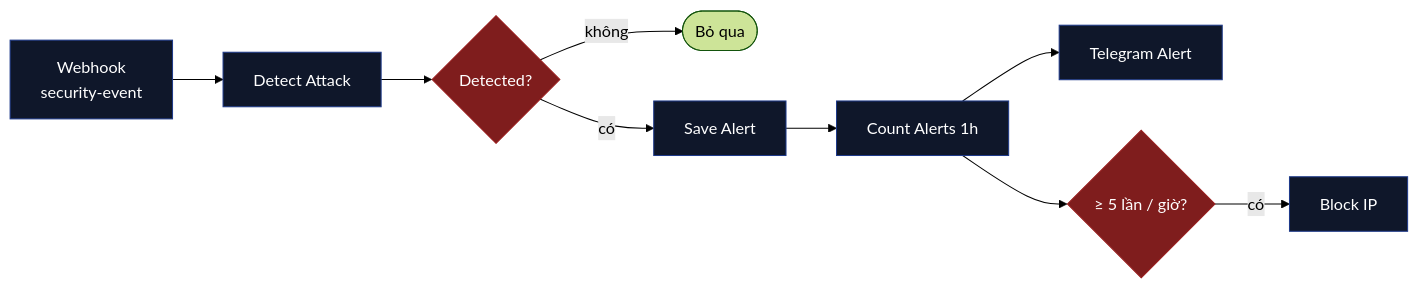
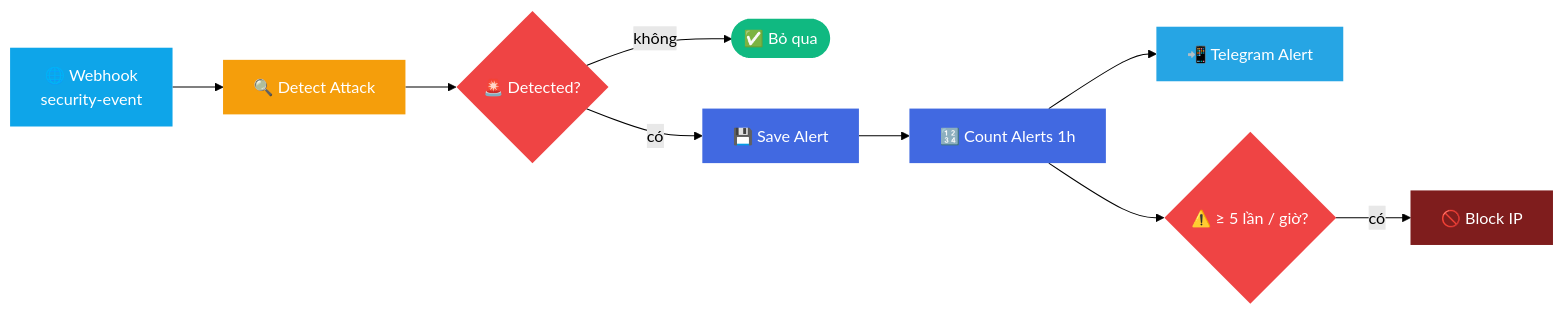
One commit to Chamm286/riceguard changed the second of 2 diagrams in README.md. Above: the diagram before and after it, drawn with Mermaid (forest theme). The commit also changed other lines of this file, not shown here.

```diff
--- a/README.md
+++ b/README.md
@@ -91,16 +106,21 @@
 ~~~mermaid
 flowchart LR
-    A[Webhook<br/>security-event] --> B[Detect Attack]
-    B --> C{Detected?}
-    C -- không --> Z([Bỏ qua])
-    C -- có --> D[Save Alert]
-    D --> E[Count Alerts 1h]
-    E --> F[Telegram Alert]
-    E --> G{≥ 5 lần / giờ?}
-    G -- có --> H[Block IP]
+    A[🌐 Webhook<br/>security-event] --> B[🔍 Detect Attack]
+    B --> C{🚨 Detected?}
+    C -- không --> Z([✅ Bỏ qua])
+    C -- có --> D[💾 Save Alert]
+    D --> E[🔢 Count Alerts 1h]
+    E --> F[📲 Telegram Alert]
+    E --> G{⚠️ ≥ 5 lần / giờ?}
+    G -- có --> H[🚫 Block IP]
 
-    classDef n fill:#0f172a,color:#fff,stroke:#1e3a8a
-    classDef d fill:#7f1d1d,color:#fff,stroke:#991b1b
-    class A,B,D,E,F,H n
-    class C,G d
+    style A fill:#0ea5e9,color:#fff,stroke:none
+    style B fill:#f59e0b,color:#fff,stroke:none
+    style C fill:#ef4444,color:#fff,stroke:none
+    style D fill:#4169E1,color:#fff,stroke:none
+    style E fill:#4169E1,color:#fff,stroke:none
+    style F fill:#26A5E4,color:#fff,stroke:none
+    style G fill:#ef4444,color:#fff,stroke:none
+    style H fill:#7f1d1d,color:#fff,stroke:none
+    style Z fill:#10b981,color:#fff,stroke:none
 ~~~
```
